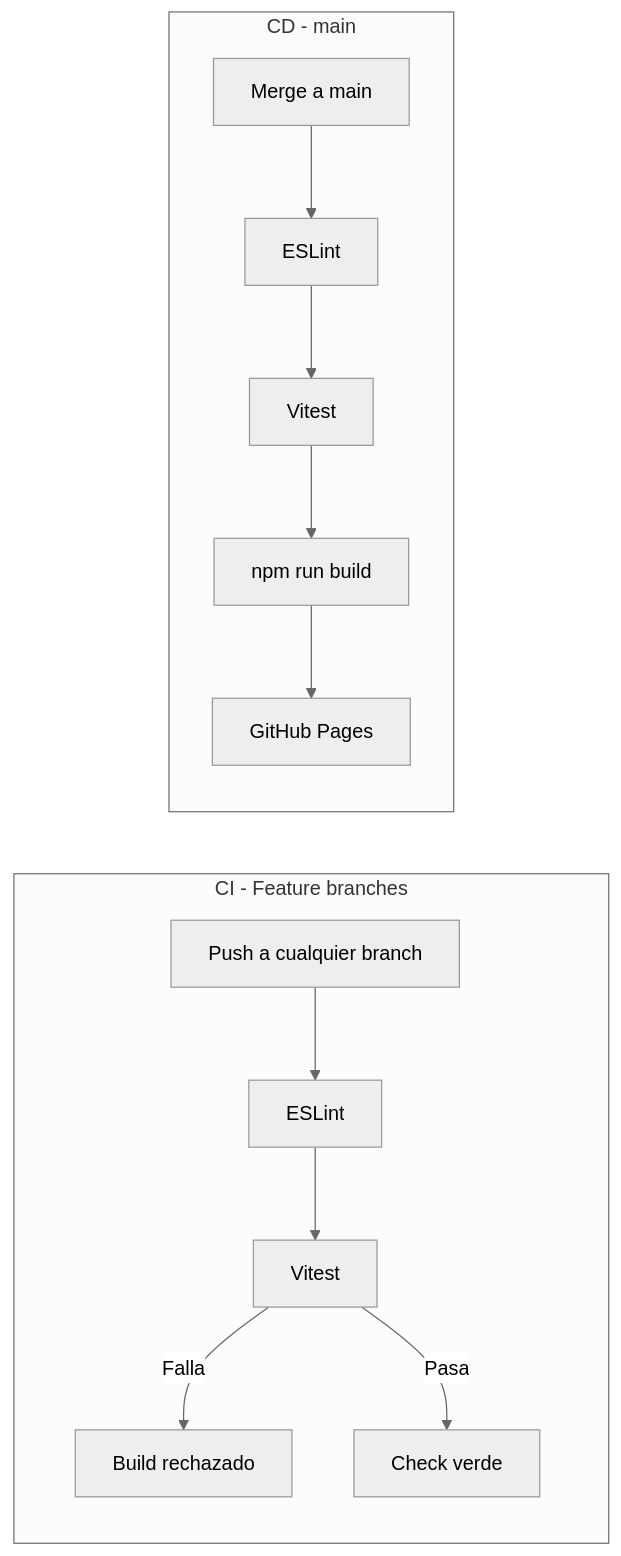
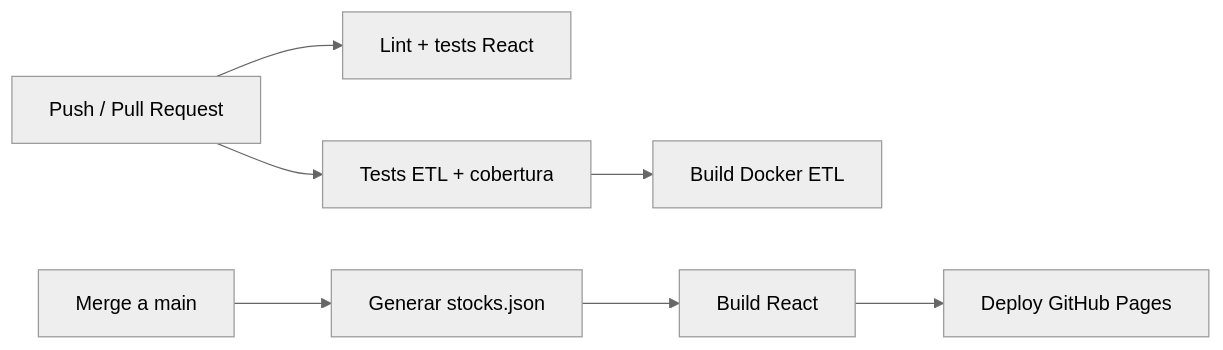
The third of 3 diagrams in ARQUITECTURA.md (iperalrobles/VIU_20GIAR_ACTIVIDAD_DATAOPS), drawn with Mermaid (neutral theme) before and after one commit. The commit also changed other lines of this file and 2 other files, not shown here.

Commit message:
TICK-23 document DataOps sprint and architecture

````diff
--- a/ARQUITECTURA.md
+++ b/ARQUITECTURA.md
@@ -115,16 +122,9 @@
 ```mermaid
 graph LR
-    subgraph "CI - Feature branches"
-        Push[Push a cualquier branch] --> Lint[ESLint]
-        Lint --> Tests[Vitest]
-        Tests -->|Falla| Reject[Build rechazado]
-        Tests -->|Pasa| OK[Check verde]
-    end
-
-    subgraph "CD - main"
-        Merge[Merge a main] --> Lint2[ESLint]
-        Lint2 --> Tests2[Vitest]
-        Tests2 --> Build[npm run build]
-        Build --> Deploy[GitHub Pages]
-    end
+    Push[Push / Pull Request] --> Front[Lint + tests React]
+    Push --> ETLTests[Tests ETL + cobertura]
+    ETLTests --> Docker[Build Docker ETL]
+    Main[Merge a main] --> Generate[Generar stocks.json]
+    Generate --> Build[Build React]
+    Build --> Pages[Deploy GitHub Pages]
 ```
````
